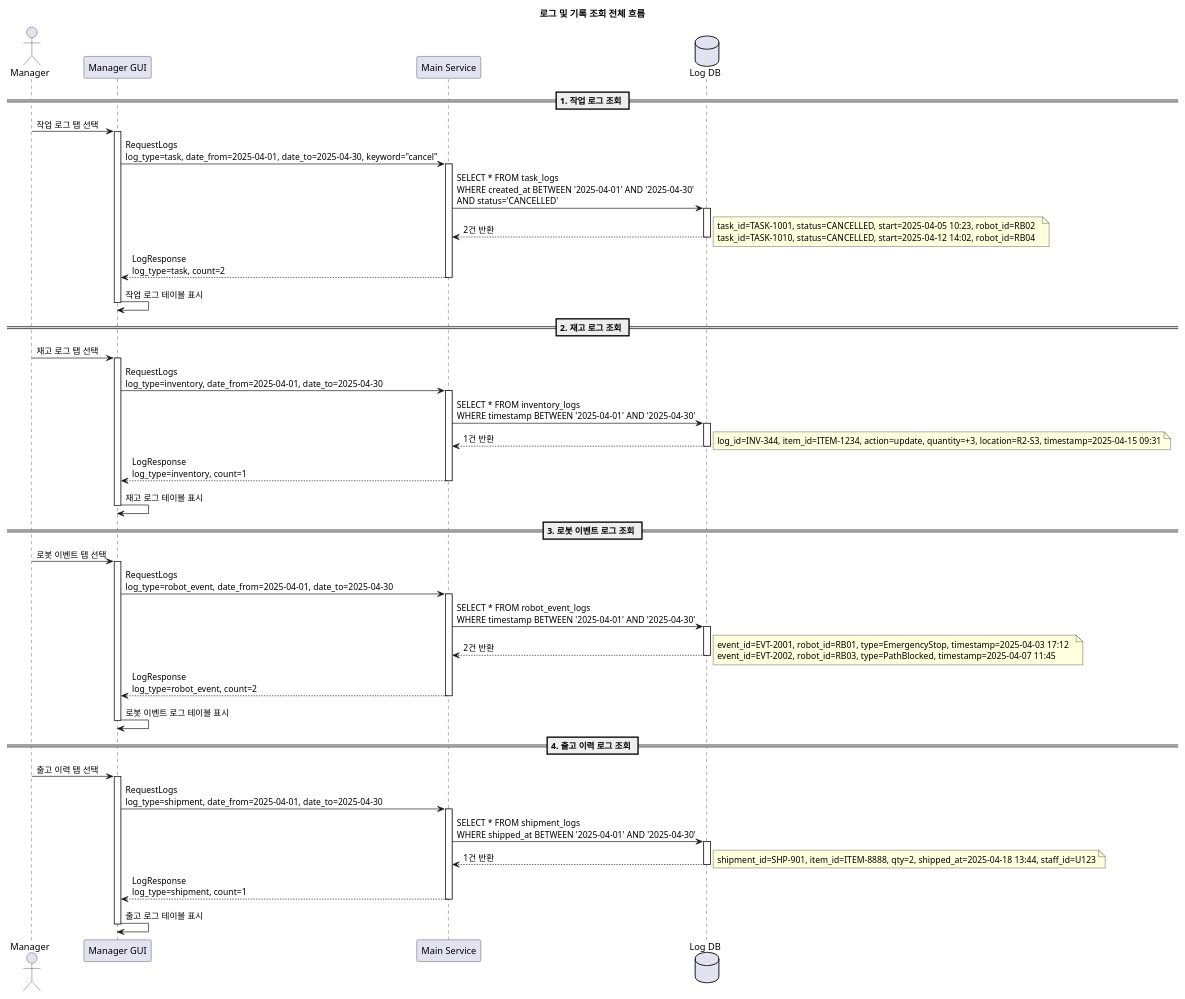
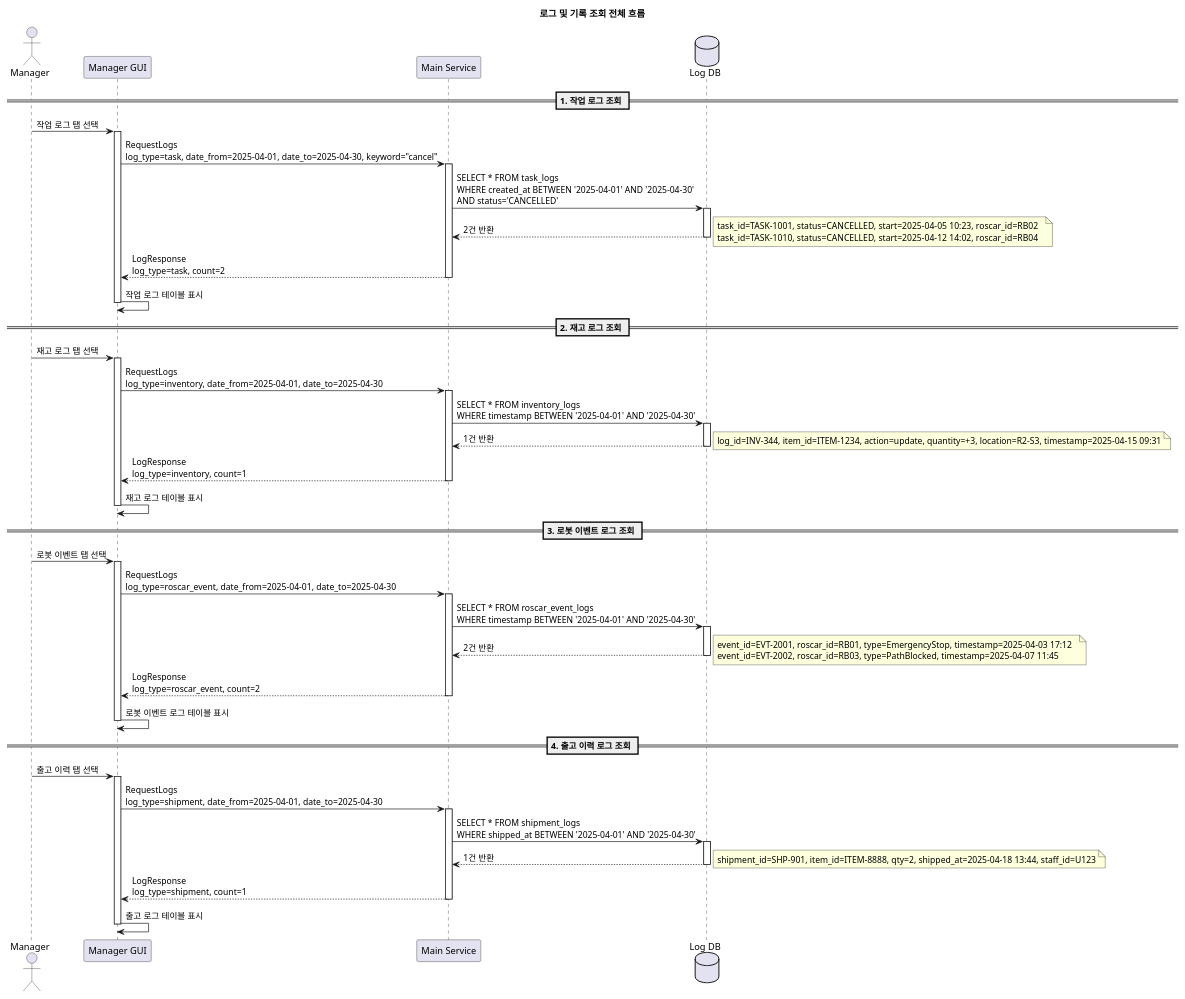
The fifth of 8 diagrams in docs/sequence_diagram v3.md (addinedu-ros-8th/ros-repo-3), drawn with PlantUML before and after one commit. The commit also changed other lines of this file and 108 other files, not shown here.

Commit message:
Fix build and Rename robot to roscar

```diff
--- a/docs/sequence_diagram v3.md
+++ b/docs/sequence_diagram v3.md
@@ -332,8 +332,8 @@
 activate DB
 DB --> Main : 2건 반환
 note right
-task_id=TASK-1001, status=CANCELLED, start=2025-04-05 10:23, robot_id=RB02  
-task_id=TASK-1010, status=CANCELLED, start=2025-04-12 14:02, robot_id=RB04
+task_id=TASK-1001, status=CANCELLED, start=2025-04-05 10:23, roscar_id=RB02  
+task_id=TASK-1010, status=CANCELLED, start=2025-04-12 14:02, roscar_id=RB04
 end note
 deactivate DB
 
@@ -366,19 +366,19 @@
 
 Manager -> GUI : 로봇 이벤트 탭 선택
 activate GUI
-GUI -> Main : RequestLogs\nlog_type=robot_event, date_from=2025-04-01, date_to=2025-04-30
+GUI -> Main : RequestLogs\nlog_type=roscar_event, date_from=2025-04-01, date_to=2025-04-30
 activate Main
 
-Main -> DB : SELECT * FROM robot_event_logs\nWHERE timestamp BETWEEN '2025-04-01' AND '2025-04-30'
+Main -> DB : SELECT * FROM roscar_event_logs\nWHERE timestamp BETWEEN '2025-04-01' AND '2025-04-30'
 activate DB
 DB --> Main : 2건 반환
 note right
-event_id=EVT-2001, robot_id=RB01, type=EmergencyStop, timestamp=2025-04-03 17:12  
-event_id=EVT-2002, robot_id=RB03, type=PathBlocked, timestamp=2025-04-07 11:45
+event_id=EVT-2001, roscar_id=RB01, type=EmergencyStop, timestamp=2025-04-03 17:12  
+event_id=EVT-2002, roscar_id=RB03, type=PathBlocked, timestamp=2025-04-07 11:45
 end note
 deactivate DB
 
-Main --> GUI : LogResponse\nlog_type=robot_event, count=2
+Main --> GUI : LogResponse\nlog_type=roscar_event, count=2
 deactivate Main
 GUI -> GUI : 로봇 이벤트 로그 테이블 표시
 deactivate GUI
```
